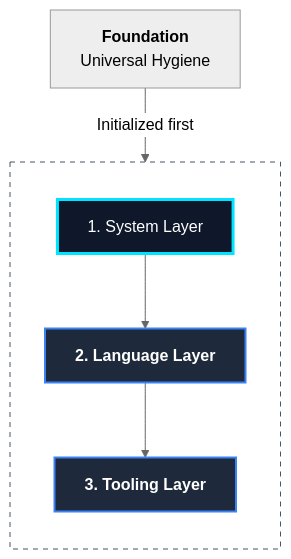
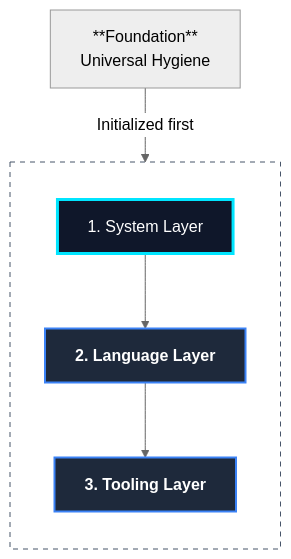
One commit to JacksonFergusonDev/protostar changed the diagram in docs/mechanics/modules.md. Above: the diagram before and after it, drawn with Mermaid (neutral theme). The commit also changed 11 other files, not shown here.

````diff
--- a/docs/mechanics/modules.md
+++ b/docs/mechanics/modules.md
@@ -29,22 +29,22 @@
 ```mermaid
 graph TD
     %% Styling
     classDef layer fill:#1e293b,stroke:#3b82f6,stroke-width:2px,color:#fff,font-weight:bold;
     classDef base fill:#0f172a,stroke:#00e5ff,stroke-width:3px,color:#fff;
 
     subgraph Stack [ ]
         direction TB
 
         L1[1. System Layer]:::base
         L2[2. Language Layer]:::layer
         L3[3. Tooling Layer]:::layer
 
         %% Relationships showing precedence flow
         L1 --> L2 --> L3
     end
 
     %% Annotations
-    Note1[<b>Foundation</b><br/>Universal Hygiene] -- Initialized first --> L1
+    Note1["**Foundation**<br/>Universal Hygiene"] -- Initialized first --> L1
 
     style Stack fill:transparent,stroke:#475569,stroke-dasharray: 5 5
 ```
````
